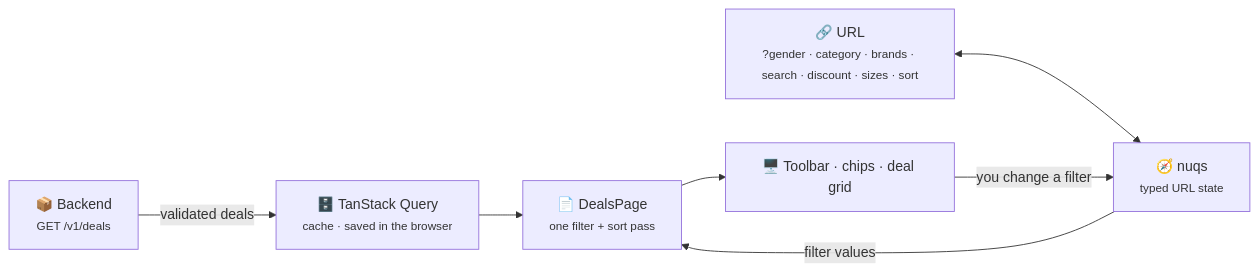
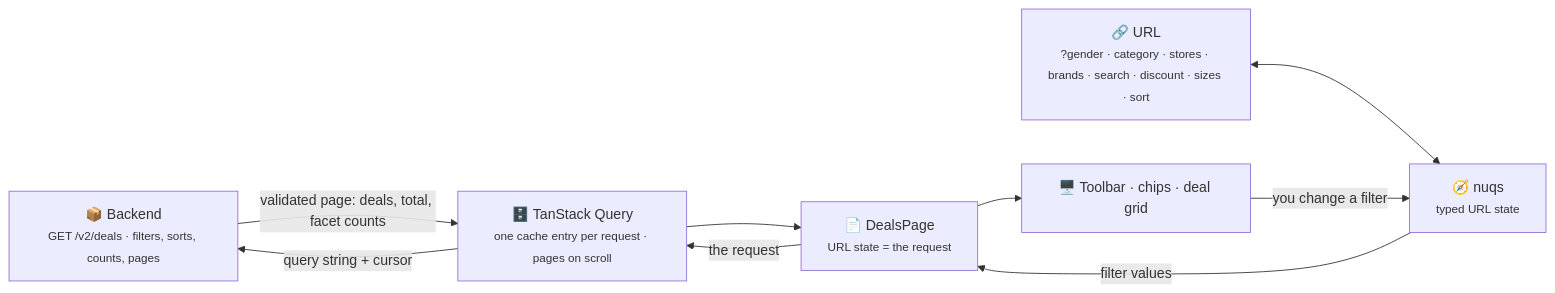
One commit to JahanU/bargain-web-scraper changed the second of 2 diagrams in README.md. Above: the diagram before and after it, drawn with Mermaid. The commit also changed other lines of this file and 65 other files, not shown here.

First line of the commit message:
feat(frontend): ask the backend for each view, one page at a time

````diff
--- a/README.md
+++ b/README.md
@@ -34,14 +34,15 @@
 ```mermaid
 flowchart LR
-    api["📦 Backend<br/><small>GET /v1/deals</small>"]
-    query["🗄️ TanStack Query<br/><small>cache · saved in the browser</small>"]
-    url["🔗 URL<br/><small>?gender · category · brands · search · discount · sizes · sort</small>"]
+    api["📦 Backend<br/><small>GET /v2/deals · filters, sorts, counts, pages</small>"]
+    query["🗄️ TanStack Query<br/><small>one cache entry per request · pages on scroll</small>"]
+    url["🔗 URL<br/><small>?gender · category · stores · brands · search · discount · sizes · sort</small>"]
     nuqs["🧭 nuqs<br/><small>typed URL state</small>"]
-    page["📄 DealsPage<br/><small>one filter + sort pass</small>"]
+    page["📄 DealsPage<br/><small>URL state = the request</small>"]
     ui["🖥️ Toolbar · chips · deal grid"]
 
-    api -- "validated deals" --> query --> page
+    page -- "the request" --> query -- "query string + cursor" --> api
+    api -- "validated page: deals, total, facet counts" --> query --> page
     url <--> nuqs -- "filter values" --> page
     page --> ui
     ui -- "you change a filter" --> nuqs
 ```
````
